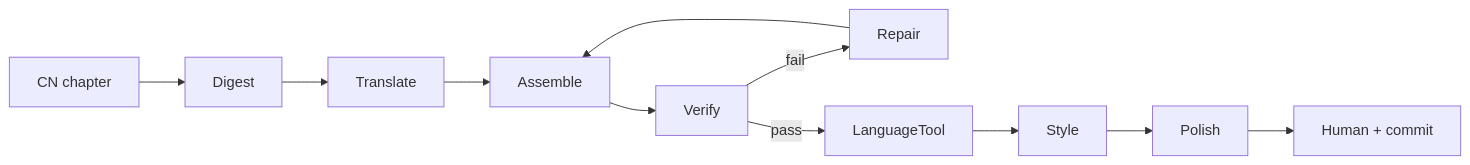
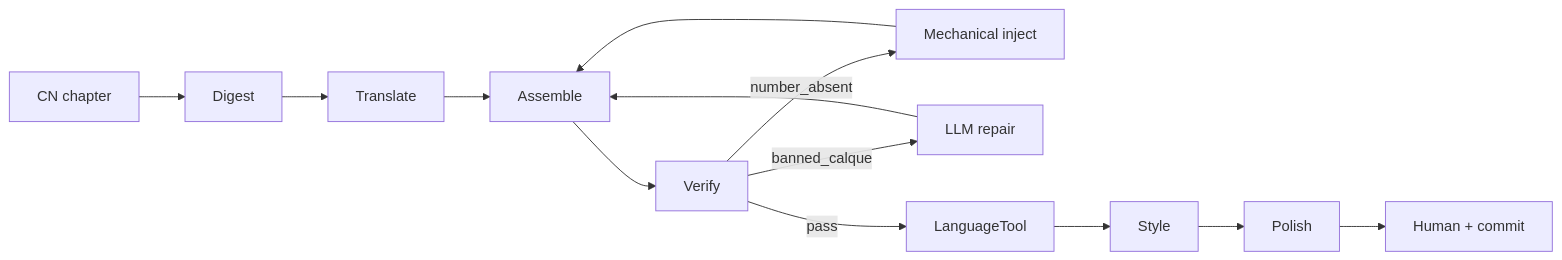
Before and after one commit to dlgrv/HowToLiveBetter: the diagram in translate/README.md, drawn with Mermaid. The commit also changed other lines of this file and 16 other files, not shown here.

````diff
--- a/translate/README.md
+++ b/translate/README.md
@@ -38,13 +40,15 @@
 ```mermaid
 flowchart LR
   CN[CN chapter] --> Digest[Digest]
   Digest --> Translate[Translate]
   Translate --> Assemble[Assemble]
   Assemble --> Verify[Verify]
-  Verify -->|fail| Repair[Repair]
-  Repair --> Assemble
+  Verify -->|number_absent| Mech[Mechanical inject]
+  Verify -->|banned_calque| LLMRepair[LLM repair]
+  Mech --> Assemble
+  LLMRepair --> Assemble
   Verify -->|pass| LT[LanguageTool]
   LT --> Style[Style]
   Style --> Polish[Polish]
   Polish --> Human[Human + commit]
 ```
````
